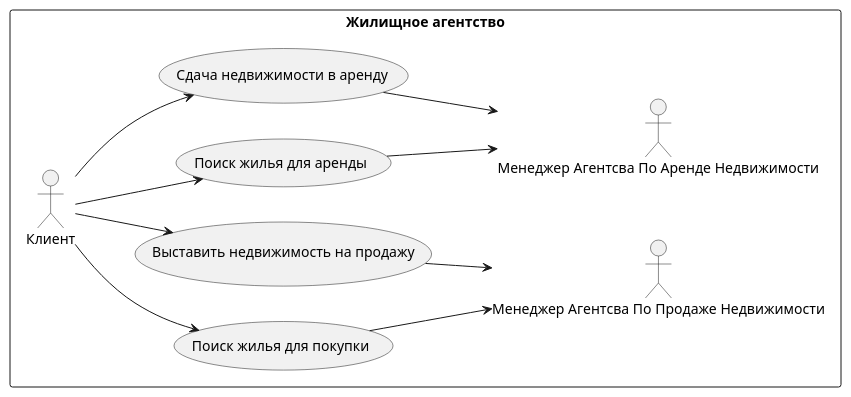
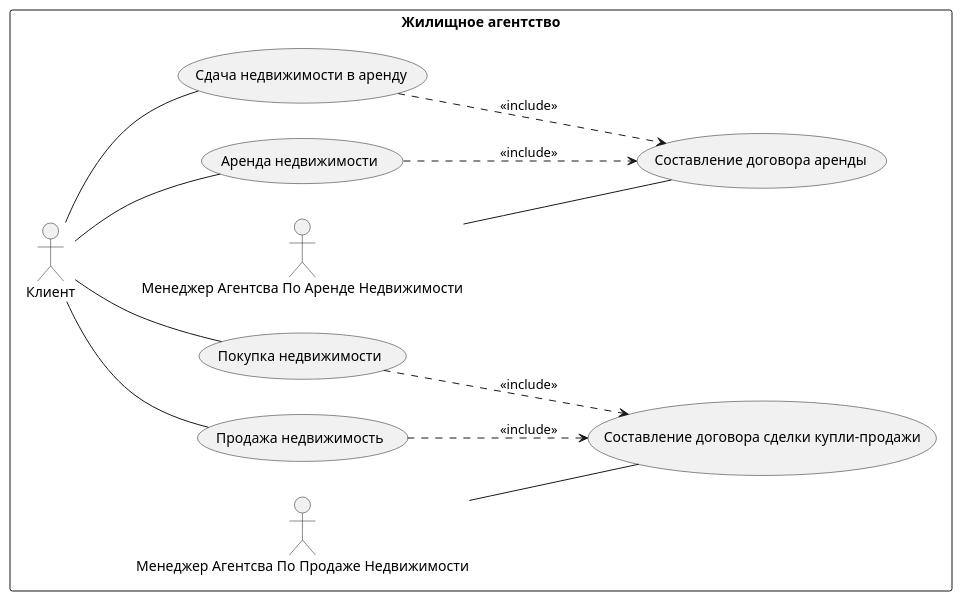
Before and after one commit to coolkrya/praktika_1: the diagram in diagramma.wsd, drawn with PlantUML.

```diff
--- a/diagramma.wsd
+++ b/diagramma.wsd
@@ -1,29 +1,34 @@
 @startuml Agency
 
 left to right direction
 skinparam packageStyle rectangle
 
 rectangle "Жилищное агентство" {
-    usecase (Поиск жилья для покупки) as searchForBuy
-    usecase (Поиск жилья для аренды) as searchForRent 
-    usecase (Выставить недвижимость на продажу) as sellOffer
+    usecase (Покупка недвижимости) as searchForBuy
+    usecase (Аренда недвижимости) as searchForRent 
+    usecase (Продажа недвижимость) as sellOffer
     usecase (Сдача недвижимости в аренду) as rentOffer
+    usecase (Составление договора аренды) as rentDoc
+    usecase (Составление договора сделки купли-продажи) as sellDoc
 
 
     actor Клиент as client
     actor :Менеджер Агентсва По Продаже Недвижимости: as sell_manager
     actor :Менеджер Агентсва По Аренде Недвижимости: as rent_manager
 
-    client --> searchForBuy
-    client --> searchForRent
-    client --> sellOffer
-    client --> rentOffer
+    client -- searchForBuy
+    client -- searchForRent
+    client -- sellOffer
+    client -- rentOffer
 
-    searchForBuy --> sell_manager
-    sellOffer --> sell_manager
-    searchForRent --> rent_manager
-    rentOffer --> rent_manager 
+    searchForBuy ..> sellDoc: <<include>>
+    sellOffer ..> sellDoc: <<include>>
+    searchForRent ..> rentDoc: <<include>>
+    rentOffer ..> rentDoc: <<include>>
+
+    sell_manager -- sellDoc
+    rent_manager -- rentDoc
 
 }
 
 @enduml
```
